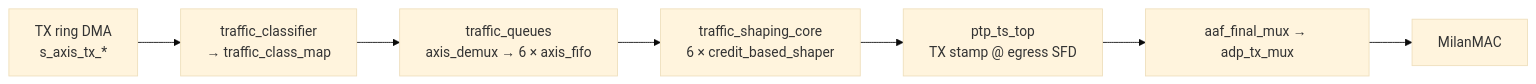
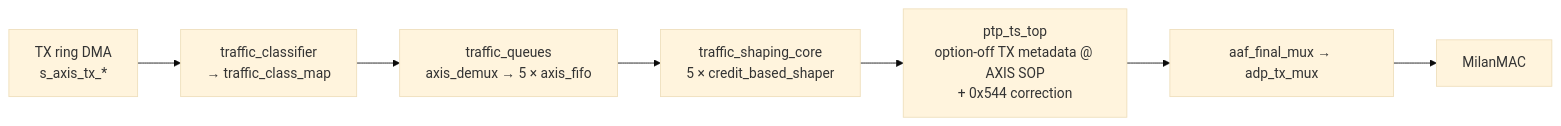
The second of 3 diagrams in docs/fpga/DATAPLANE_WALKTHROUGH.md (kebag-logic/milan-fpga), drawn with Mermaid (base theme) before and after one commit. The commit also changed other lines of this file and 58 other files, not shown here.

````diff
--- a/docs/fpga/DATAPLANE_WALKTHROUGH.md
+++ b/docs/fpga/DATAPLANE_WALKTHROUGH.md
@@ -111,9 +114,9 @@
 ```mermaid
 flowchart LR
     TXDMA["TX ring DMA<br/>s_axis_tx_*"] --> CLS["traffic_classifier<br/>→ traffic_class_map"]
-    CLS --> Q["traffic_queues<br/>axis_demux → 6 × axis_fifo"]
-    Q --> CBS["traffic_shaping_core<br/>6 × credit_based_shaper"]
-    CBS --> PTP["ptp_ts_top<br/>TX stamp @ egress SFD"]
+    CLS --> Q["traffic_queues<br/>axis_demux → 5 × axis_fifo"]
+    Q --> CBS["traffic_shaping_core<br/>5 × credit_based_shaper"]
+    CBS --> PTP["ptp_ts_top<br/>option-off TX metadata @ AXIS SOP<br/>+ 0x544 correction"]
     PTP --> AMUX["aaf_final_mux → adp_tx_mux"]
     AMUX --> MAC["MilanMAC"]
 ```
````
